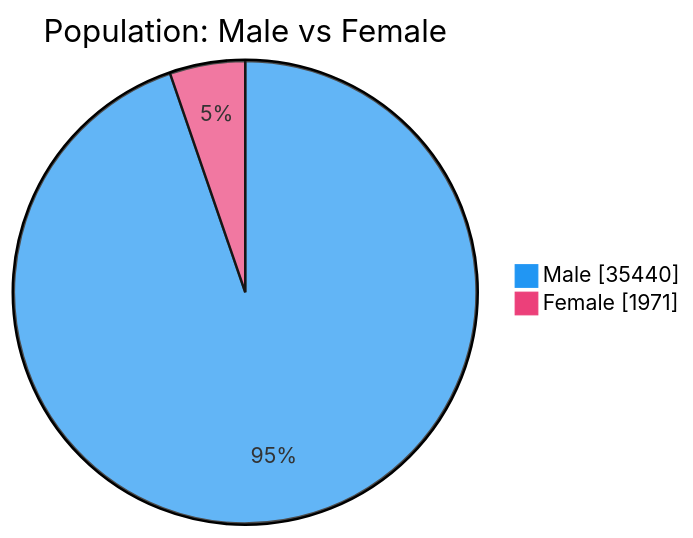
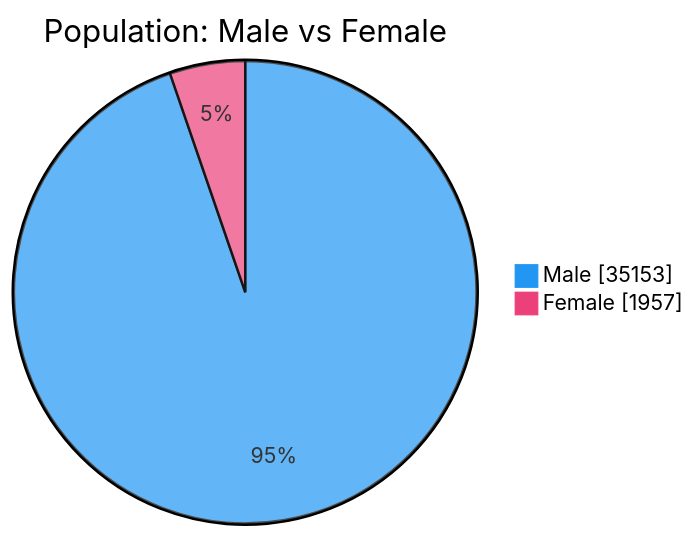
One commit to nuuuwan/lk_prisons changed the second of 7 diagrams in README.md. Above: the diagram before and after it, drawn with Mermaid. The commit also changed other lines of this file and 1 other file, not shown here.

````diff
--- a/README.md
+++ b/README.md
@@ -54,6 +54,6 @@
 ```mermaid
 %%{init: {'themeVariables': {'pie1': '#2196F3', 'pie2': '#EC407A'}}}%%
 pie showData title Population: Male vs Female
-    "Male" : 35440
-    "Female" : 1971
+    "Male" : 35153
+    "Female" : 1957
 ```
````
